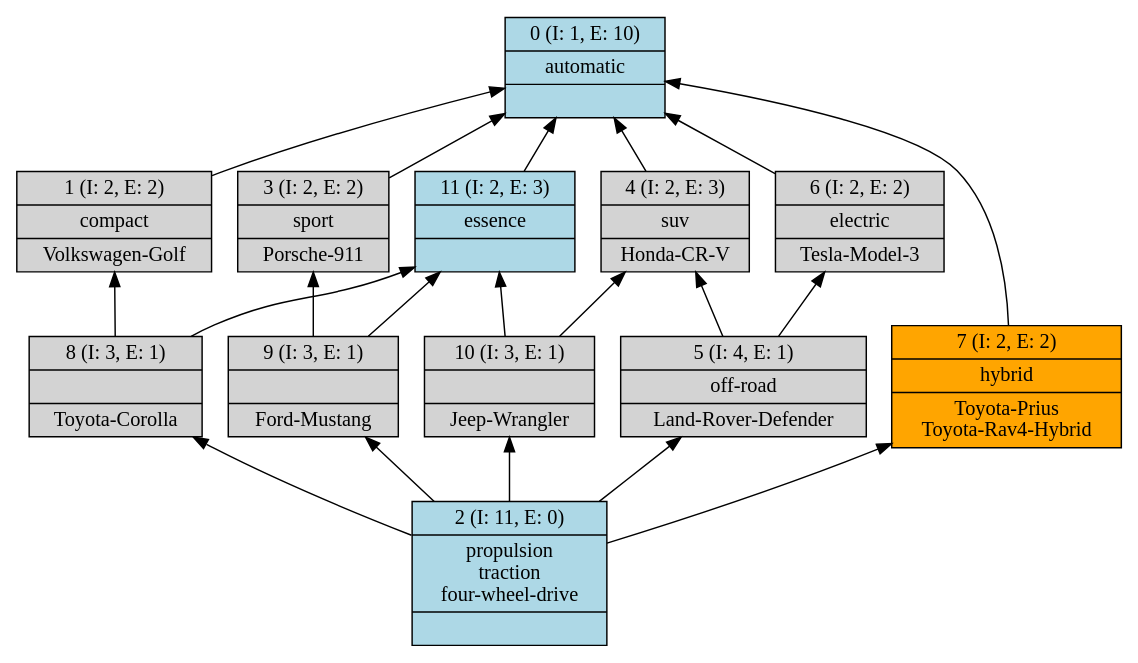
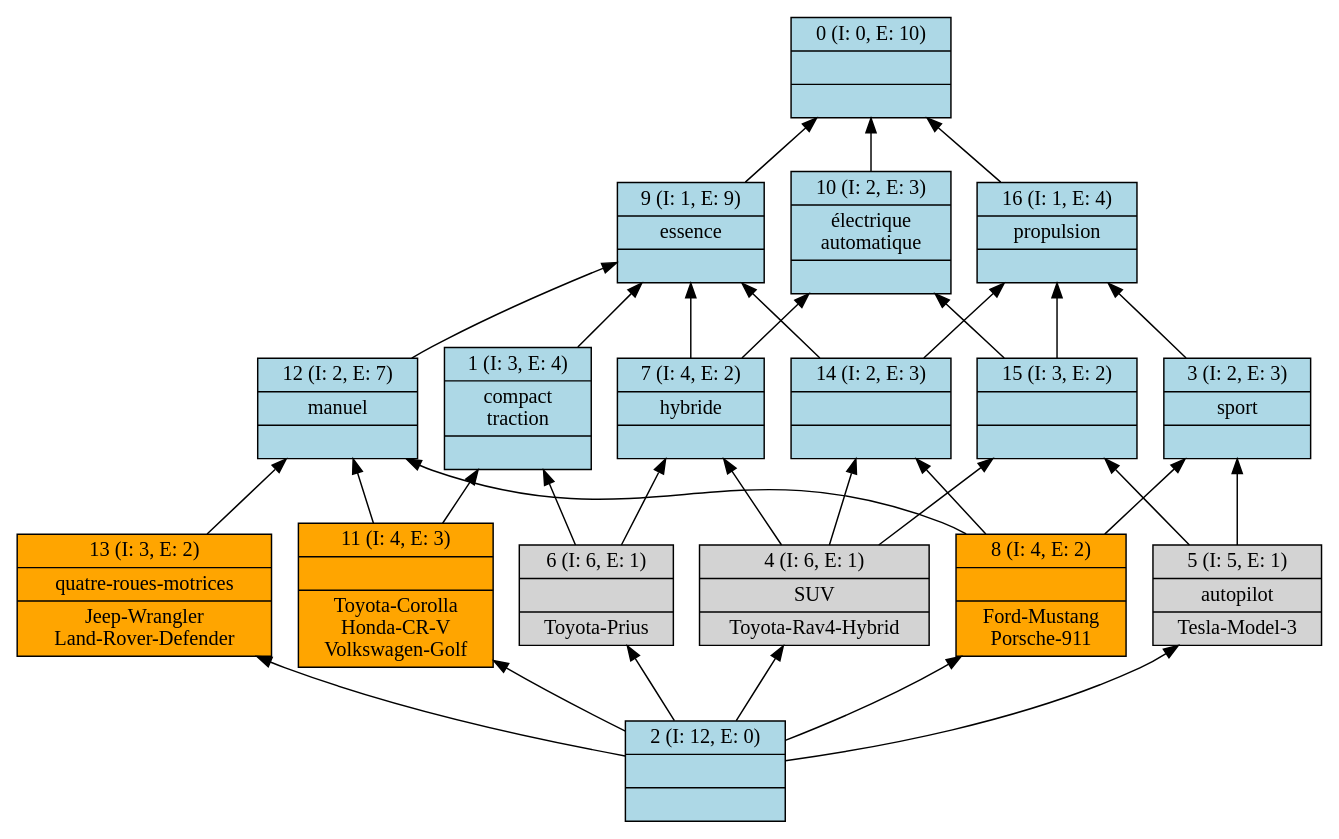
The diagram in IA /TP2/Vehicules/Lattice/vehicules.dot (LoloLeMono/MasterGL_2), drawn with Graphviz before and after one commit. The commit also changed 77 other files, not shown here.

```diff
--- a/IA /TP2/Vehicules/Lattice/vehicules.dot
+++ b/IA /TP2/Vehicules/Lattice/vehicules.dot
@@ -1,34 +1,51 @@
 digraph G { 
 	rankdir=BT;
-0 [shape=record,style=filled,fillcolor=lightblue,label="{0 (I: 1, E: 10)|automatic\n|}"];
-1 [shape=record,style=filled,label="{1 (I: 2, E: 2)|compact\n|Volkswagen-Golf\n}"];
-2 [shape=record,style=filled,fillcolor=lightblue,label="{2 (I: 11, E: 0)|propulsion\ntraction\nfour-wheel-drive\n|}"];
-3 [shape=record,style=filled,label="{3 (I: 2, E: 2)|sport\n|Porsche-911\n}"];
-4 [shape=record,style=filled,label="{4 (I: 2, E: 3)|suv\n|Honda-CR-V\n}"];
-5 [shape=record,style=filled,label="{5 (I: 4, E: 1)|off-road\n|Land-Rover-Defender\n}"];
-6 [shape=record,style=filled,label="{6 (I: 2, E: 2)|electric\n|Tesla-Model-3\n}"];
-7 [shape=record,style=filled,fillcolor=orange,label="{7 (I: 2, E: 2)|hybrid\n|Toyota-Prius\nToyota-Rav4-Hybrid\n}"];
-8 [shape=record,style=filled,label="{8 (I: 3, E: 1)||Toyota-Corolla\n}"];
-9 [shape=record,style=filled,label="{9 (I: 3, E: 1)||Ford-Mustang\n}"];
-10 [shape=record,style=filled,label="{10 (I: 3, E: 1)||Jeep-Wrangler\n}"];
-11 [shape=record,style=filled,fillcolor=lightblue,label="{11 (I: 2, E: 3)|essence\n|}"];
-	1 -> 0
+0 [shape=record,style=filled,fillcolor=lightblue,label="{0 (I: 0, E: 10)||}"];
+1 [shape=record,style=filled,fillcolor=lightblue,label="{1 (I: 3, E: 4)|compact\ntraction\n|}"];
+2 [shape=record,style=filled,fillcolor=lightblue,label="{2 (I: 12, E: 0)||}"];
+3 [shape=record,style=filled,fillcolor=lightblue,label="{3 (I: 2, E: 3)|sport\n|}"];
+4 [shape=record,style=filled,label="{4 (I: 6, E: 1)|SUV\n|Toyota-Rav4-Hybrid\n}"];
+5 [shape=record,style=filled,label="{5 (I: 5, E: 1)|autopilot\n|Tesla-Model-3\n}"];
+6 [shape=record,style=filled,label="{6 (I: 6, E: 1)||Toyota-Prius\n}"];
+7 [shape=record,style=filled,fillcolor=lightblue,label="{7 (I: 4, E: 2)|hybride\n|}"];
+8 [shape=record,style=filled,fillcolor=orange,label="{8 (I: 4, E: 2)||Ford-Mustang\nPorsche-911\n}"];
+9 [shape=record,style=filled,fillcolor=lightblue,label="{9 (I: 1, E: 9)|essence\n|}"];
+10 [shape=record,style=filled,fillcolor=lightblue,label="{10 (I: 2, E: 3)|électrique\nautomatique\n|}"];
+11 [shape=record,style=filled,fillcolor=orange,label="{11 (I: 4, E: 3)||Toyota-Corolla\nHonda-CR-V\nVolkswagen-Golf\n}"];
+12 [shape=record,style=filled,fillcolor=lightblue,label="{12 (I: 2, E: 7)|manuel\n|}"];
+13 [shape=record,style=filled,fillcolor=orange,label="{13 (I: 3, E: 2)|quatre-roues-motrices\n|Jeep-Wrangler\nLand-Rover-Defender\n}"];
+14 [shape=record,style=filled,fillcolor=lightblue,label="{14 (I: 2, E: 3)||}"];
+15 [shape=record,style=filled,fillcolor=lightblue,label="{15 (I: 3, E: 2)||}"];
+16 [shape=record,style=filled,fillcolor=lightblue,label="{16 (I: 1, E: 4)|propulsion\n|}"];
+	1 -> 9
+	2 -> 4
 	2 -> 5
-	2 -> 7
+	2 -> 6
 	2 -> 8
-	2 -> 9
-	2 -> 10
-	3 -> 0
-	4 -> 0
-	5 -> 4
-	5 -> 6
-	6 -> 0
-	7 -> 0
-	8 -> 1
-	8 -> 11
-	9 -> 3
-	9 -> 11
-	10 -> 4
-	10 -> 11
-	11 -> 0
+	2 -> 11
+	2 -> 13
+	3 -> 16
+	4 -> 7
+	4 -> 14
+	4 -> 15
+	5 -> 3
+	5 -> 15
+	6 -> 1
+	6 -> 7
+	7 -> 9
+	7 -> 10
+	8 -> 3
+	8 -> 12
+	8 -> 14
+	9 -> 0
+	10 -> 0
+	11 -> 1
+	11 -> 12
+	12 -> 9
+	13 -> 12
+	14 -> 9
+	14 -> 16
+	15 -> 10
+	15 -> 16
+	16 -> 0
 }
```
